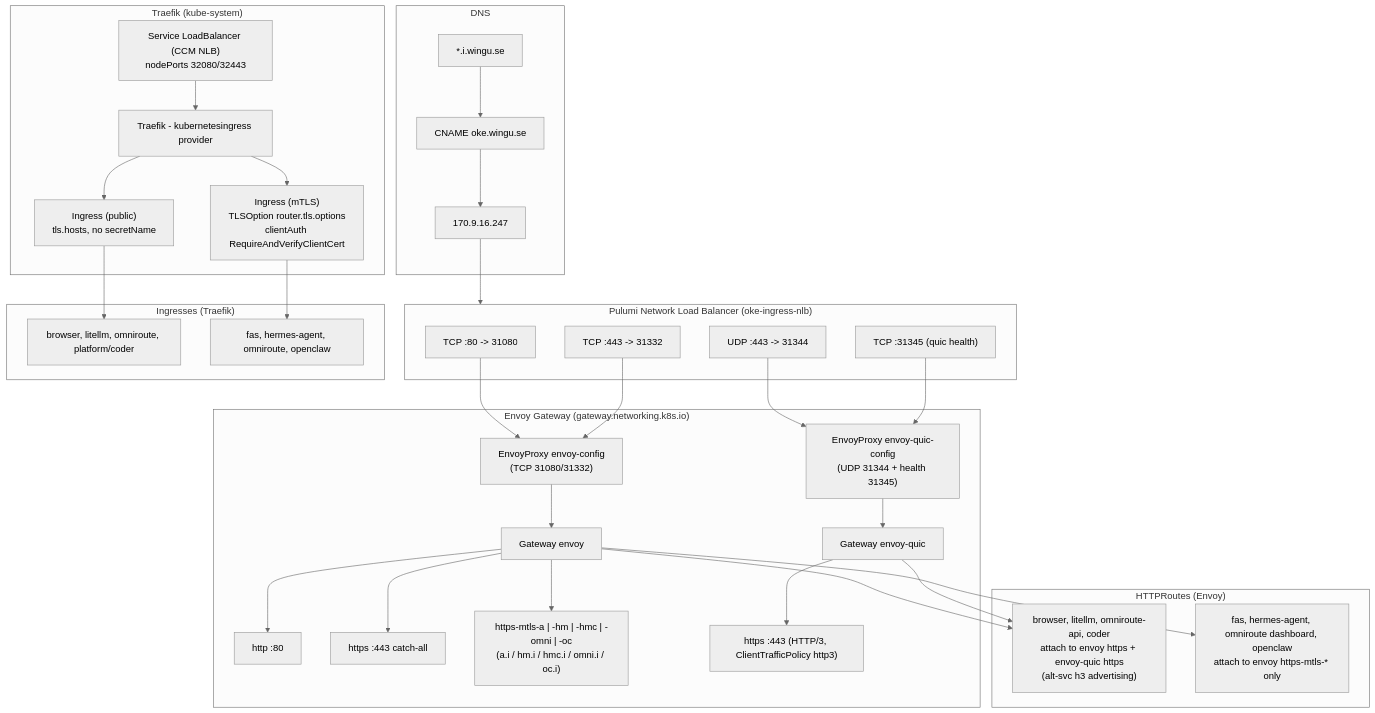
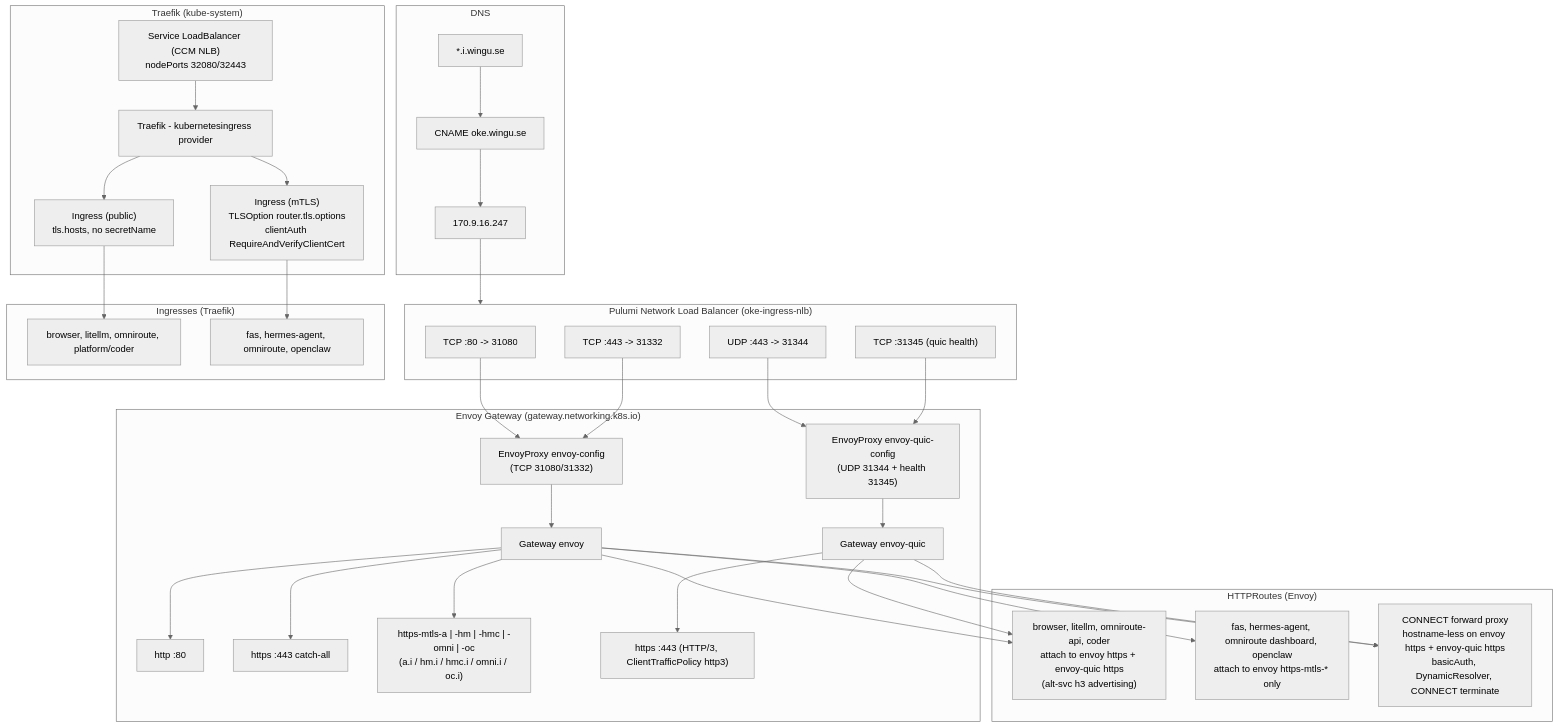
The first of 2 diagrams in docs/gateway-architecture.md (winguse/oci-infra), drawn with Mermaid (neutral theme) before and after one commit. The commit also changed other lines of this file and 8 other files, not shown here.

Commit message:
http CONNECT on envoy

````diff
--- a/docs/gateway-architecture.md
+++ b/docs/gateway-architecture.md
@@ -15,57 +15,60 @@
 ```mermaid
 graph TD
     subgraph DNS["DNS"]
         WILDCARD["*.i.wingu.se"] --> CNAME["CNAME oke.wingu.se"]
         CNAME --> NLBIP["170.9.16.247"]
     end
 
     subgraph NLB["Pulumi Network Load Balancer (oke-ingress-nlb)"]
         T80["TCP :80 -> 31080"]
         T443["TCP :443 -> 31332"]
         U443["UDP :443 -> 31344"]
         H31345["TCP :31345 (quic health)"]
     end
 
     NLBIP --> NLB
 
     subgraph ENVOY["Envoy Gateway (gateway.networking.k8s.io)"]
         EP1["EnvoyProxy envoy-config<br/>(TCP 31080/31332)"] --> GW["Gateway envoy"]
         EP2["EnvoyProxy envoy-quic-config<br/>(UDP 31344 + health 31345)"] --> GWQ["Gateway envoy-quic"]
         GW --> LHTTP["http :80"]
         GW --> LHTTPS["https :443 catch-all"]
         GW --> LMTLS["https-mtls-a | -hm | -hmc | -omni | -oc<br/>(a.i / hm.i / hmc.i / omni.i / oc.i)"]
         GWQ --> LQUIC["https :443 (HTTP/3, ClientTrafficPolicy http3)"]
     end
 
     T80 --> EP1
     T443 --> EP1
     U443 --> EP2
     H31345 --> EP2
 
     subgraph TRAEFIK["Traefik (kube-system)"]
         TSVC["Service LoadBalancer (CCM NLB)<br/>nodePorts 32080/32443"]
         TR["Traefik - kubernetesingress provider"]
         TI_PUB["Ingress (public)<br/>tls.hosts, no secretName"]
         TI_MTLS["Ingress (mTLS)<br/>TLSOption router.tls.options<br/>clientAuth RequireAndVerifyClientCert"]
         TSVC --> TR
         TR --> TI_PUB
         TR --> TI_MTLS
     end
 
     subgraph APPS["HTTPRoutes (Envoy)"]
         HR_PUB["browser, litellm, omniroute-api, coder<br/>attach to envoy https + envoy-quic https<br/>(alt-svc h3 advertising)"]
         HR_MTLS["fas, hermes-agent, omniroute dashboard, openclaw<br/>attach to envoy https-mtls-* only"]
+        HR_PROXY["CONNECT forward proxy<br/>hostname-less on envoy https + envoy-quic https<br/>basicAuth, DynamicResolver, CONNECT terminate"]
     end
 
     GW --> HR_PUB
     GWQ --> HR_PUB
     GW --> HR_MTLS
+    GW --> HR_PROXY
+    GWQ --> HR_PROXY
 
     subgraph LEGACY["Ingresses (Traefik)"]
         ING_PUB["browser, litellm, omniroute, platform/coder"]
         ING_MTLS["fas, hermes-agent, omniroute, openclaw"]
     end
 
     TI_PUB --> ING_PUB
     TI_MTLS --> ING_MTLS
 ```
````
